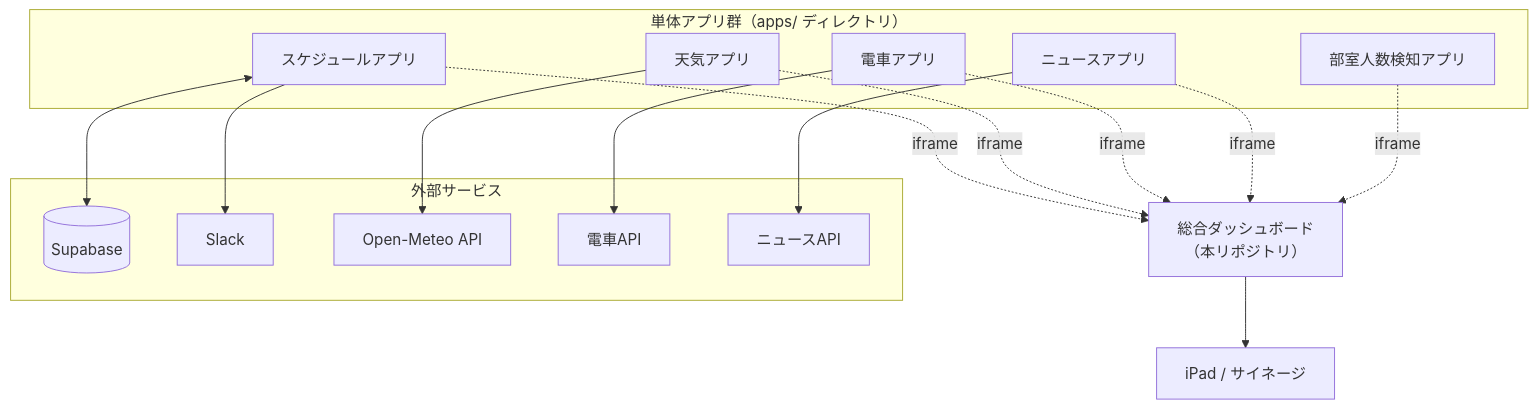
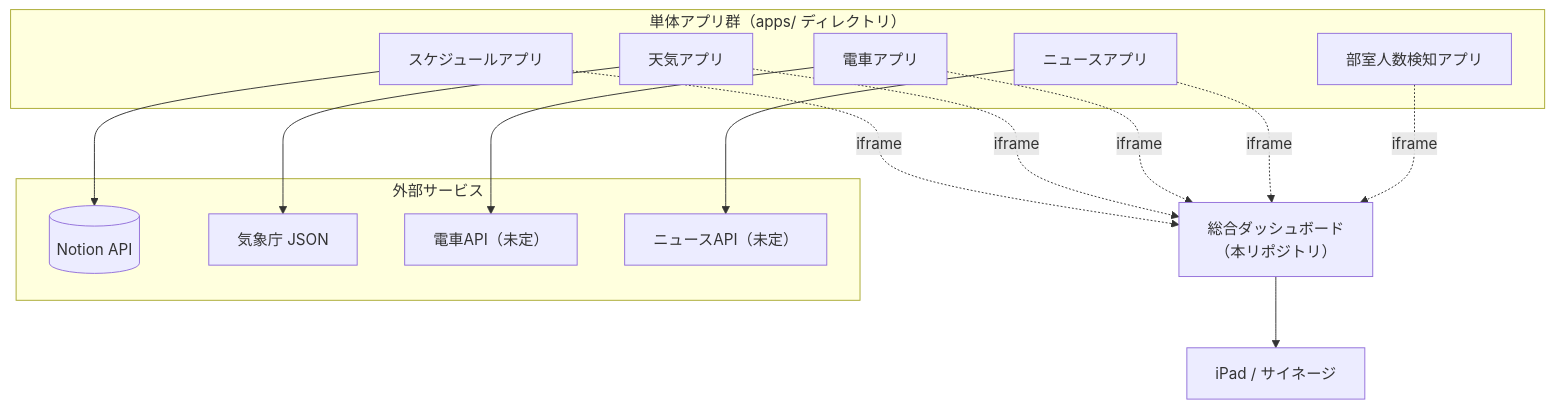
One commit to Shun523/dsc_dashboard changed the diagram in README.md. Above: the diagram before and after it, drawn with Mermaid. The commit also changed other lines of this file and 2 other files, not shown here.

````diff
--- a/README.md
+++ b/README.md
@@ -13,35 +13,33 @@
 ```mermaid
 graph TD
   subgraph apps[単体アプリ群（apps/ ディレクトリ）]
     schedule[スケジュールアプリ]
     weather[天気アプリ]
     transit[電車アプリ]
     news[ニュースアプリ]
     occupancy[部室人数検知アプリ]
   end
 
   subgraph external[外部サービス]
-    supabase[(Supabase)]
-    slack[Slack]
-    weather_api[Open-Meteo API]
-    transit_api[電車API]
-    news_api[ニュースAPI]
+    notion[(Notion API)]
+    jma[気象庁 JSON]
+    transit_api[電車API（未定）]
+    news_api[ニュースAPI（未定）]
   end
 
   dashboard[総合ダッシュボード<br/>（本リポジトリ）]
   display[iPad / サイネージ]
 
-  schedule <--> supabase
-  schedule --> slack
-  weather --> weather_api
+  schedule --> notion
+  weather --> jma
   transit --> transit_api
   news --> news_api
 
   schedule -. iframe .-> dashboard
   weather -. iframe .-> dashboard
   transit -. iframe .-> dashboard
   news -. iframe .-> dashboard
   occupancy -. iframe .-> dashboard
 
   dashboard --> display
 ```
````
